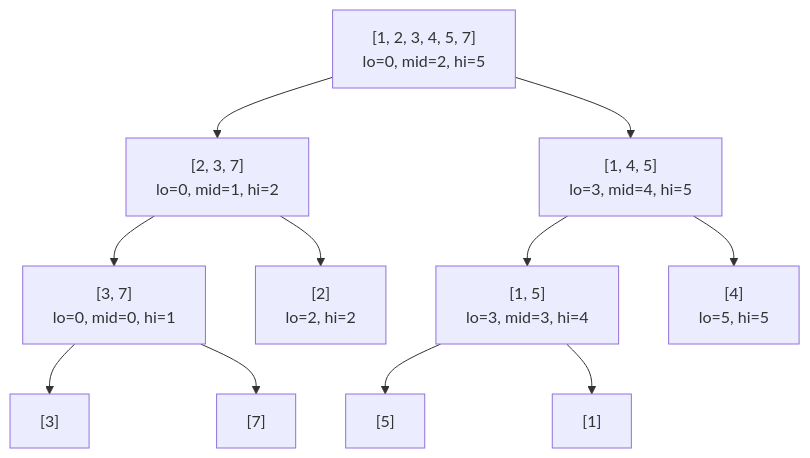
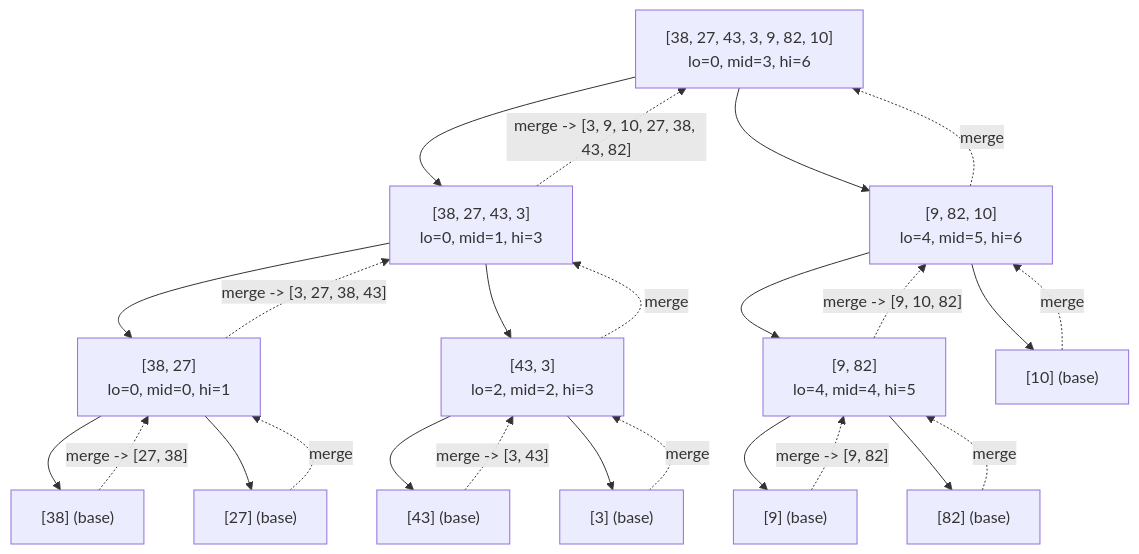
One commit to SMTEmon/2-2 changed the second of 6 diagrams in Algo/Final/Divide and Conquer 1 - Introduction.md. Above: the diagram before and after it, drawn with Mermaid. The commit also changed other lines of this file and 6 other files, not shown here.

````diff
--- a/Algo/Final/Divide and Conquer 1 - Introduction.md
+++ b/Algo/Final/Divide and Conquer 1 - Introduction.md
@@ -117,17 +164,35 @@
 ```mermaid
 graph TD
-    A["[1, 2, 3, 4, 5, 7]<br>lo=0, mid=2, hi=5"] --> B["[2, 3, 7]<br>lo=0, mid=1, hi=2"]
-    A --> C["[1, 4, 5]<br>lo=3, mid=4, hi=5"]
-    
-    B --> D["[3, 7]<br>lo=0, mid=0, hi=1"]
-    B --> E["[2]<br>lo=2, hi=2"]
-    
-    D --> F["[3]"]
-    D --> G["[7]"]
-    
-    C --> H["[1, 5]<br>lo=3, mid=3, hi=4"]
-    C --> I["[4]<br>lo=5, hi=5"]
-    
-    H --> J["[5]"]
-    H --> K["[1]"]
+    A["[38, 27, 43, 3, 9, 82, 10]<br>lo=0, mid=3, hi=6"] --> B["[38, 27, 43, 3]<br>lo=0, mid=1, hi=3"]
+    A --> C["[9, 82, 10]<br>lo=4, mid=5, hi=6"]
+
+    B --> D["[38, 27]<br>lo=0, mid=0, hi=1"]
+    B --> E["[43, 3]<br>lo=2, mid=2, hi=3"]
+
+    D --> F["[38] (base)"]
+    D --> G["[27] (base)"]
+    E --> H["[43] (base)"]
+    E --> I["[3] (base)"]
+
+    C --> J["[9, 82]<br>lo=4, mid=4, hi=5"]
+    C --> K["[10] (base)"]
+
+    J --> L["[9] (base)"]
+    J --> M["[82] (base)"]
+
+    %% Merges
+    F -.->|"merge -> [27, 38]"| D
+    G -.->|"merge"| D
+    H -.->|"merge -> [3, 43]"| E
+    I -.->|"merge"| E
+    D -.->|"merge -> [3, 27, 38, 43]"| B
+    E -.->|"merge"| B
+
+    L -.->|"merge -> [9, 82]"| J
+    M -.->|"merge"| J
+    J -.->|"merge -> [9, 10, 82]"| C
+    K -.->|"merge"| C
+
+    B -.->|"merge -> [3, 9, 10, 27, 38, 43, 82]"| A
+    C -.->|"merge"| A
 ```
````
